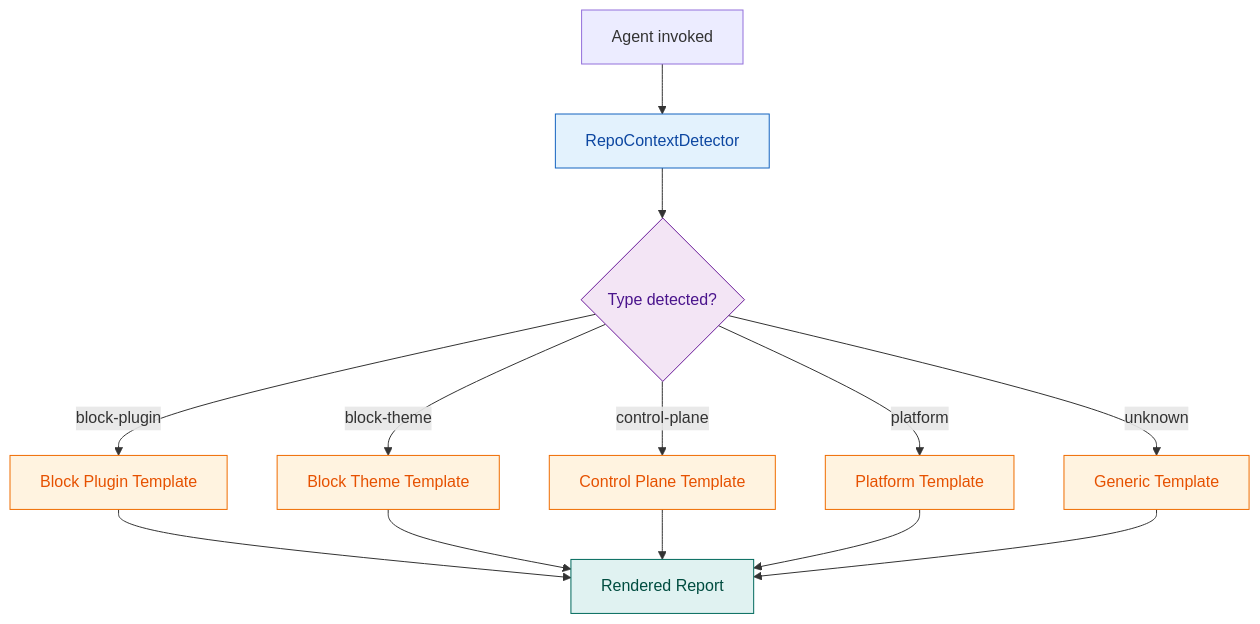
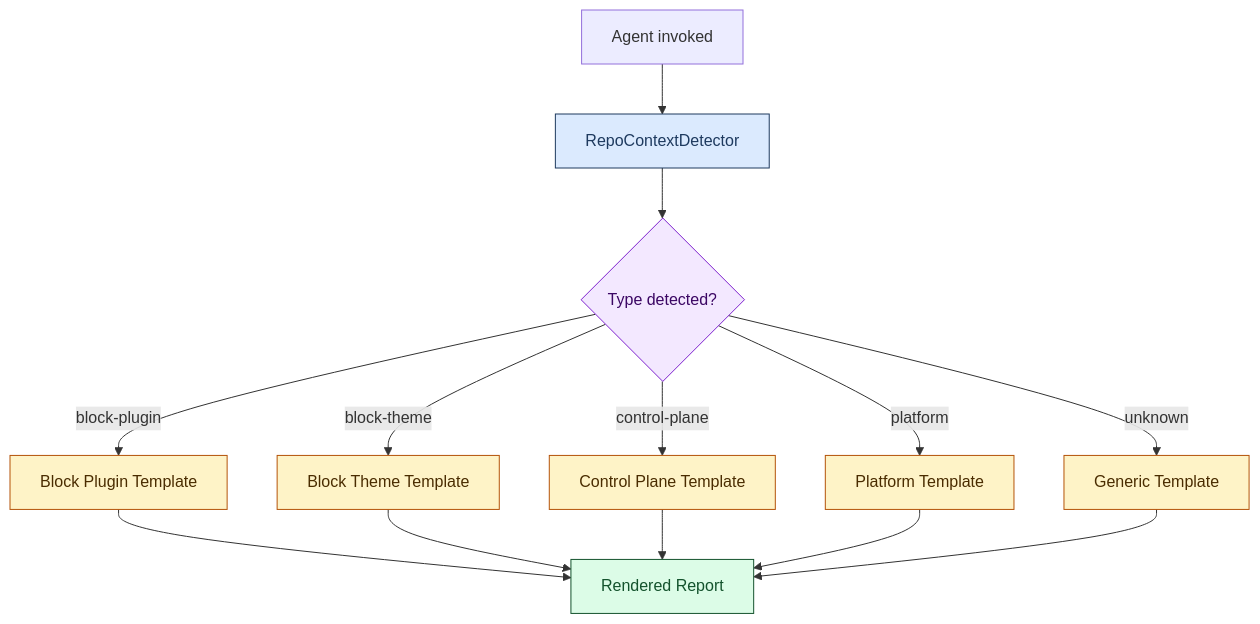
One commit to lightspeedwp/.github changed the diagram in .github/projects/active/reporting-agent-v2-multirepository-2026-08-12/SPECIFICATION.md. Above: the diagram before and after it, drawn with Mermaid. The commit also changed 2 other files, not shown here.

Commit message:
fix: address code review feedback for Reporting Agent v2
- Fix RepoContextDetector._isControlPlane() to use prefix-based
  matching (.some() with startsWith()) so nested file paths like
  '.github/workflows/ci.yml' and 'agents/foo.js' are correctly
  detected (was using Set.has() which only matched exact bare names)
- Update corresponding test to cover nested-path detection case
- Replace non-approved Mermaid classDef fill colours in SPECIFICATION.md
  with org-approved WCAG 2.2 AA palette from mermaid.instructions.md

````diff
--- a/.github/projects/active/reporting-agent-v2-multirepository-2026-08-12/SPECIFICATION.md
+++ b/.github/projects/active/reporting-agent-v2-multirepository-2026-08-12/SPECIFICATION.md
@@ -55,29 +55,29 @@
 ```mermaid
 flowchart TD
   accTitle: Reporting Agent v2 Architecture
   accDescr: Shows how the agent detects repo type and selects a template
 
   A[Agent invoked] --> B[RepoContextDetector]
   B --> C{Type detected?}
   C -->|block-plugin| D[Block Plugin Template]
   C -->|block-theme| E[Block Theme Template]
   C -->|control-plane| F[Control Plane Template]
   C -->|platform| G[Platform Template]
   C -->|unknown| H[Generic Template]
 
   D --> I[Rendered Report]
   E --> I
   F --> I
   G --> I
   H --> I
 
-  classDef detect fill:#E3F2FD,stroke:#1565C0,color:#0D47A1;
-  classDef template fill:#FFF3E0,stroke:#EF6C00,color:#E65100;
-  classDef output fill:#E0F2F1,stroke:#00695C,color:#004D40;
-  classDef decision fill:#F3E5F5,stroke:#6A1B9A,color:#4A148C;
+  classDef detect fill:#dbeafe,color:#1e3a5f,stroke:#1e3a5f;
+  classDef template fill:#fef3c7,color:#4a2c00,stroke:#b45309;
+  classDef output fill:#dcfce7,color:#14532d,stroke:#14532d;
+  classDef decision fill:#f3e8ff,color:#3b0764,stroke:#7e22ce;
 
   class B detect;
   class C decision;
   class D,E,F,G,H template;
   class I output;
 ```
````
